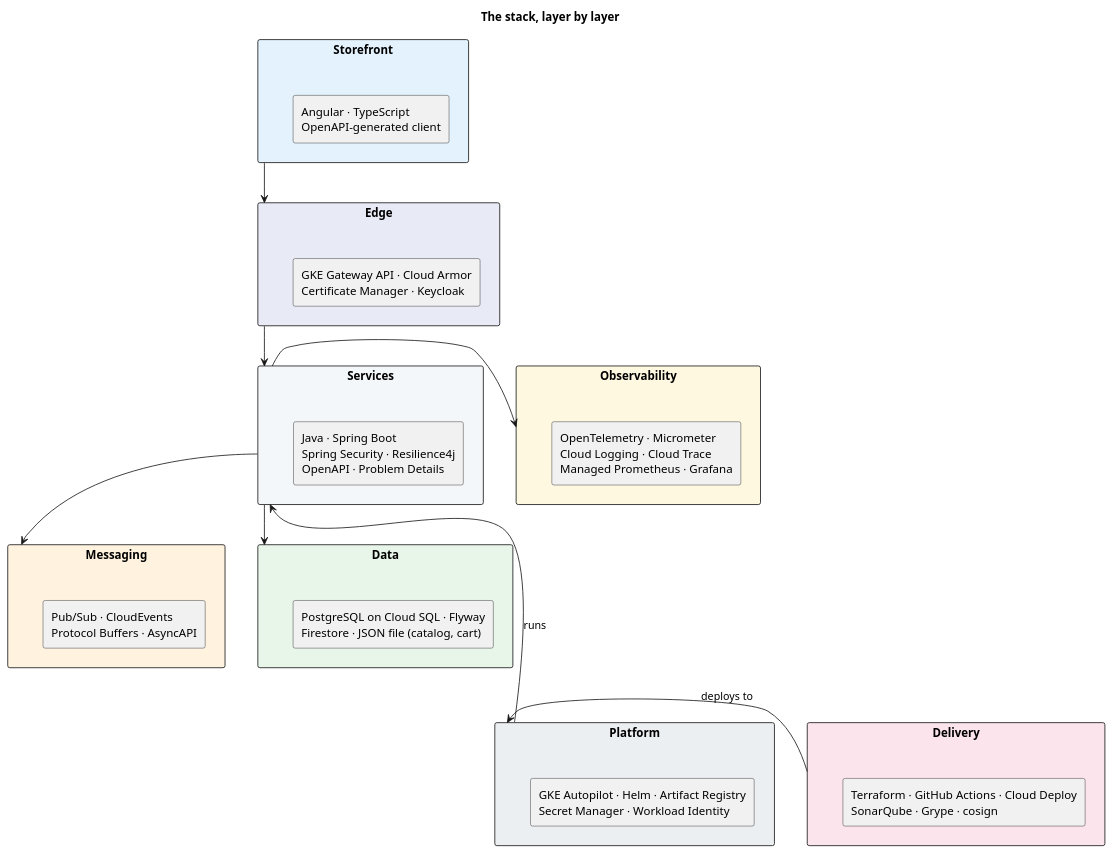
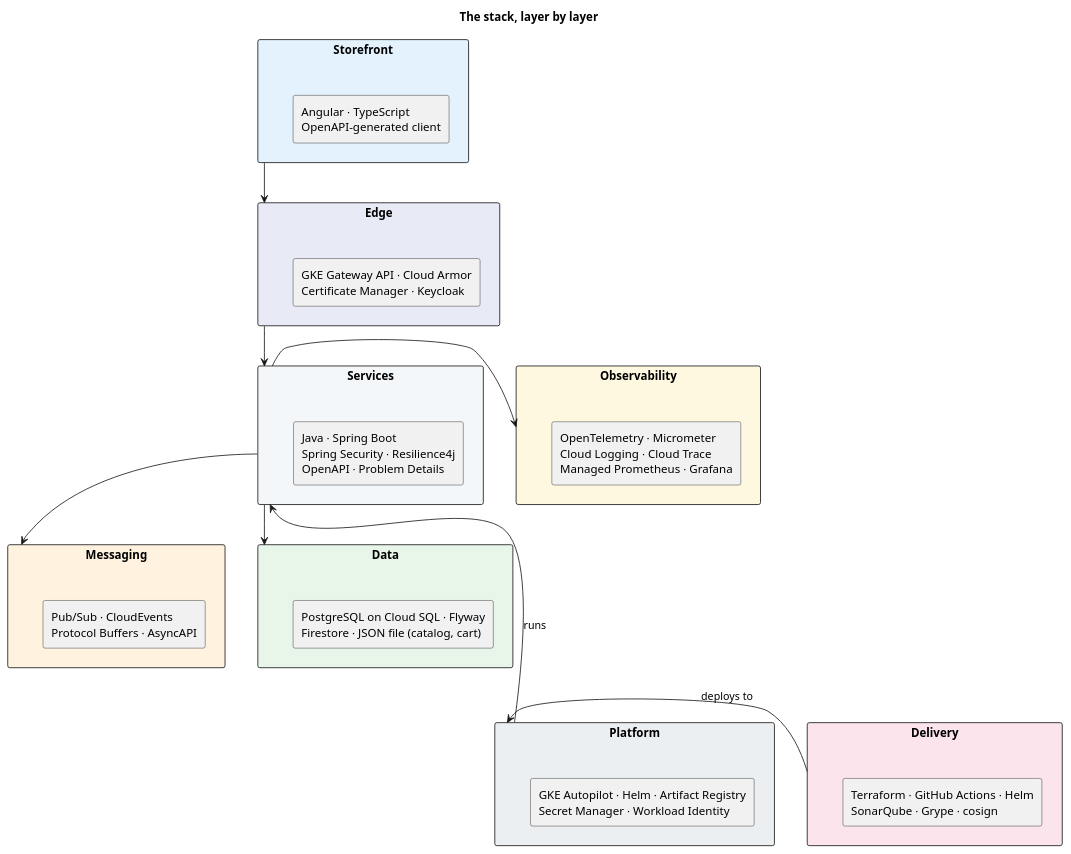
Before and after one commit to AxeloLabs/alten-commerce-platform: the diagram in doc/2-spec/04-architecture/diagrams/stack-layers.puml, drawn with PlantUML. The commit also changed 33 other files, not shown here.

```diff
--- a/doc/2-spec/04-architecture/diagrams/stack-layers.puml
+++ b/doc/2-spec/04-architecture/diagrams/stack-layers.puml
@@ -1,45 +1,45 @@
 @startuml
 title The stack, layer by layer
 
 rectangle "Storefront" as FRONT #E3F2FD {
   rectangle "Angular · TypeScript\nOpenAPI-generated client" as F1
 }
 
 rectangle "Edge" as EDGE #E8EAF6 {
   rectangle "GKE Gateway API · Cloud Armor\nCertificate Manager · Keycloak" as E1
 }
 
 rectangle "Services" as SVC #F4F7F9 {
   rectangle "Java · Spring Boot\nSpring Security · Resilience4j\nOpenAPI · Problem Details" as S1
 }
 
 rectangle "Messaging" as MSG #FFF3E0 {
   rectangle "Pub/Sub · CloudEvents\nProtocol Buffers · AsyncAPI" as M1
 }
 
 rectangle "Data" as DATA #E8F5E9 {
   rectangle "PostgreSQL on Cloud SQL · Flyway\nFirestore · JSON file (catalog, cart)" as D1
 }
 
 rectangle "Platform" as PLAT #ECEFF1 {
   rectangle "GKE Autopilot · Helm · Artifact Registry\nSecret Manager · Workload Identity" as P1
 }
 
 rectangle "Observability" as OBS #FFF8E1 {
   rectangle "OpenTelemetry · Micrometer\nCloud Logging · Cloud Trace\nManaged Prometheus · Grafana" as O1
 }
 
 rectangle "Delivery" as DEL #FCE4EC {
-  rectangle "Terraform · GitHub Actions · Cloud Deploy\nSonarQube · Grype · cosign" as L1
+  rectangle "Terraform · GitHub Actions · Helm\nSonarQube · Grype · cosign" as L1
 }
 
 FRONT -down-> EDGE
 EDGE -down-> SVC
 SVC -down-> MSG
 SVC -down-> DATA
 MSG -[hidden]right-> DATA
 SVC -right-> OBS
 PLAT -up-> SVC : runs
 DEL -right-> PLAT : deploys to
 MSG -[hidden]down-> PLAT
 @enduml
```
